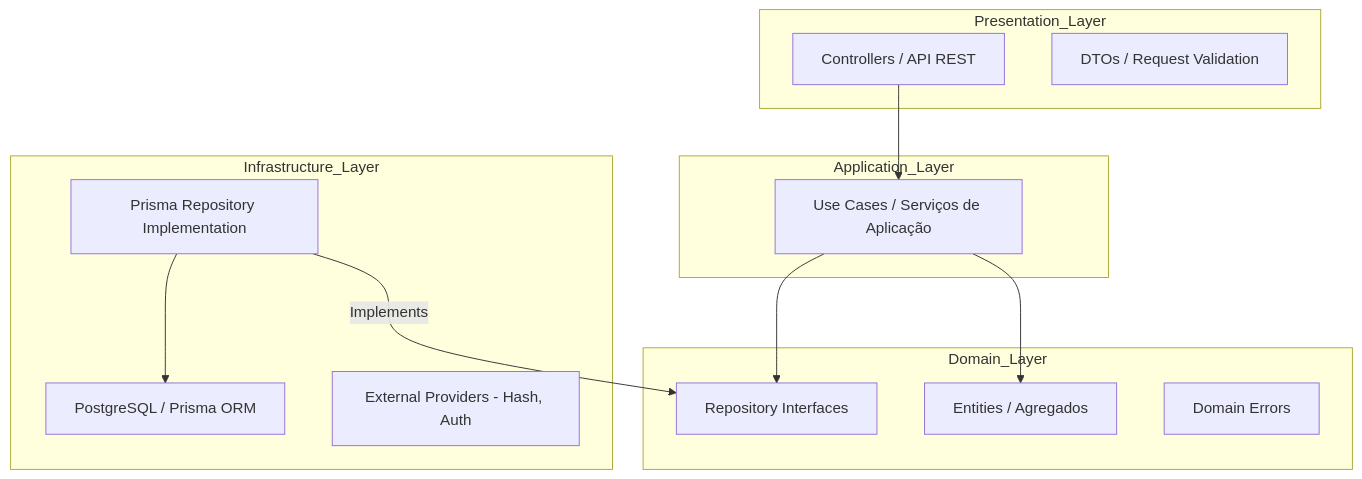
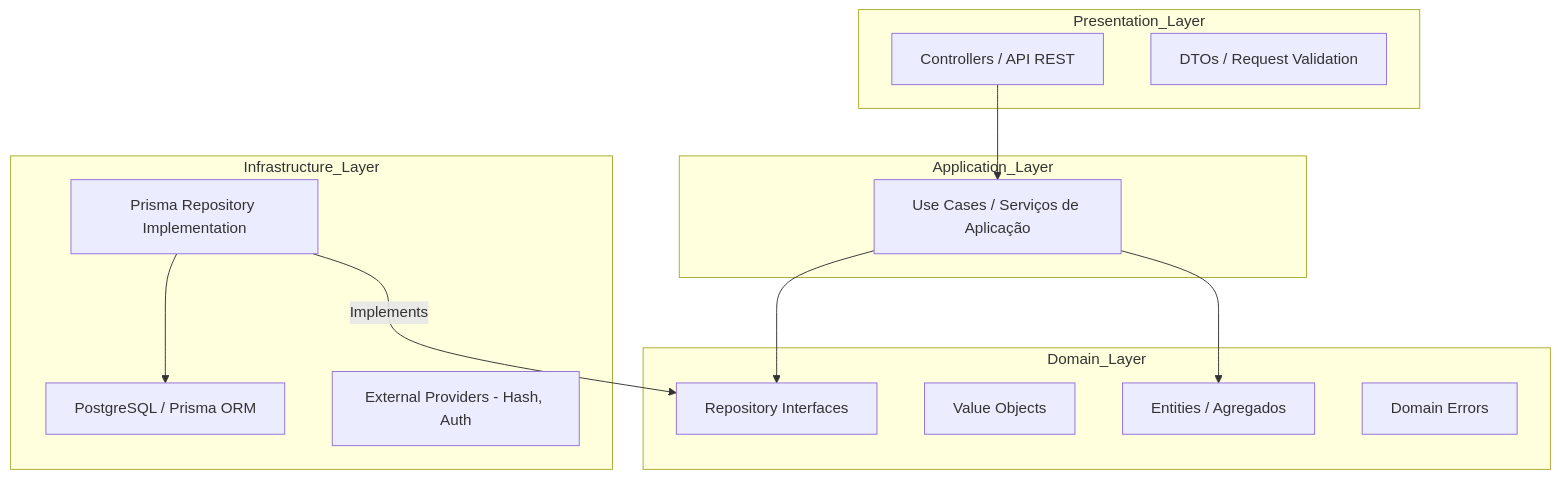
The diagram in DOCUMENTACAO_TECNICA.md (rn-Rauan/movy-api), drawn with Mermaid before and after one commit. The commit also changed other lines of this file and 34 other files, not shown here.

First line of the commit message:
refactor: reorganize user module and improve validation with value objects

````diff
--- a/DOCUMENTACAO_TECNICA.md
+++ b/DOCUMENTACAO_TECNICA.md
@@ -36,29 +36,30 @@
 ```mermaid
 graph TD
     subgraph Presentation_Layer
         Controller[Controllers / API REST]
         DTO[DTOs / Request Validation]
     end
 
     subgraph Application_Layer
         UseCase[Use Cases / Serviços de Aplicação]
     end
 
     subgraph Domain_Layer
         Entity[Entities / Agregados]
+        ValueObjects[Value Objects]
         Interface[Repository Interfaces]
         Errors[Domain Errors]
     end
 
     subgraph Infrastructure_Layer
         RepoImpl[Prisma Repository Implementation]
         DB[PostgreSQL / Prisma ORM]
         External[External Providers - Hash, Auth]
     end
 
     Controller --> UseCase
     UseCase --> Entity
     UseCase --> Interface
     RepoImpl -- Implements --> Interface
     RepoImpl --> DB
 ```
````
